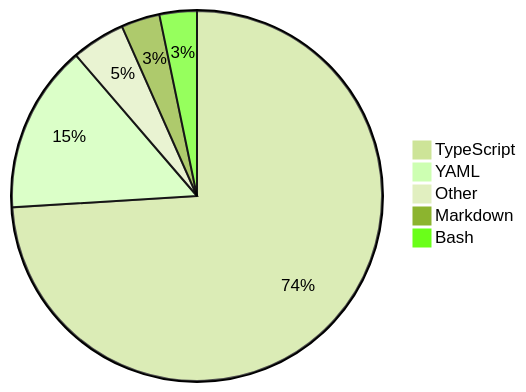
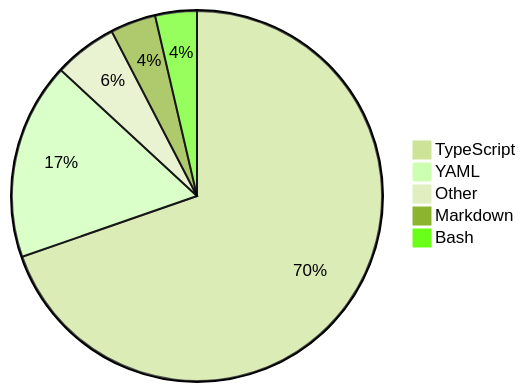
One commit to skvggor/skvggor changed the diagram in README.md. Above: the diagram before and after it, drawn with Mermaid (forest theme).

Commit message:
Updated waka-readme graph with new metrics

````diff
--- a/README.md
+++ b/README.md
@@ -16,8 +16,8 @@
 ```mermaid
 pie
-    "TypeScript" : 68.1
-    "YAML" : 13.5
-    "Other" : 4.3
-    "Markdown" : 3.1
-    "Bash" : 3.0
+    "TypeScript" : 63.2
+    "YAML" : 15.6
+    "Other" : 5.0
+    "Markdown" : 3.6
+    "Bash" : 3.3
 ```
````
